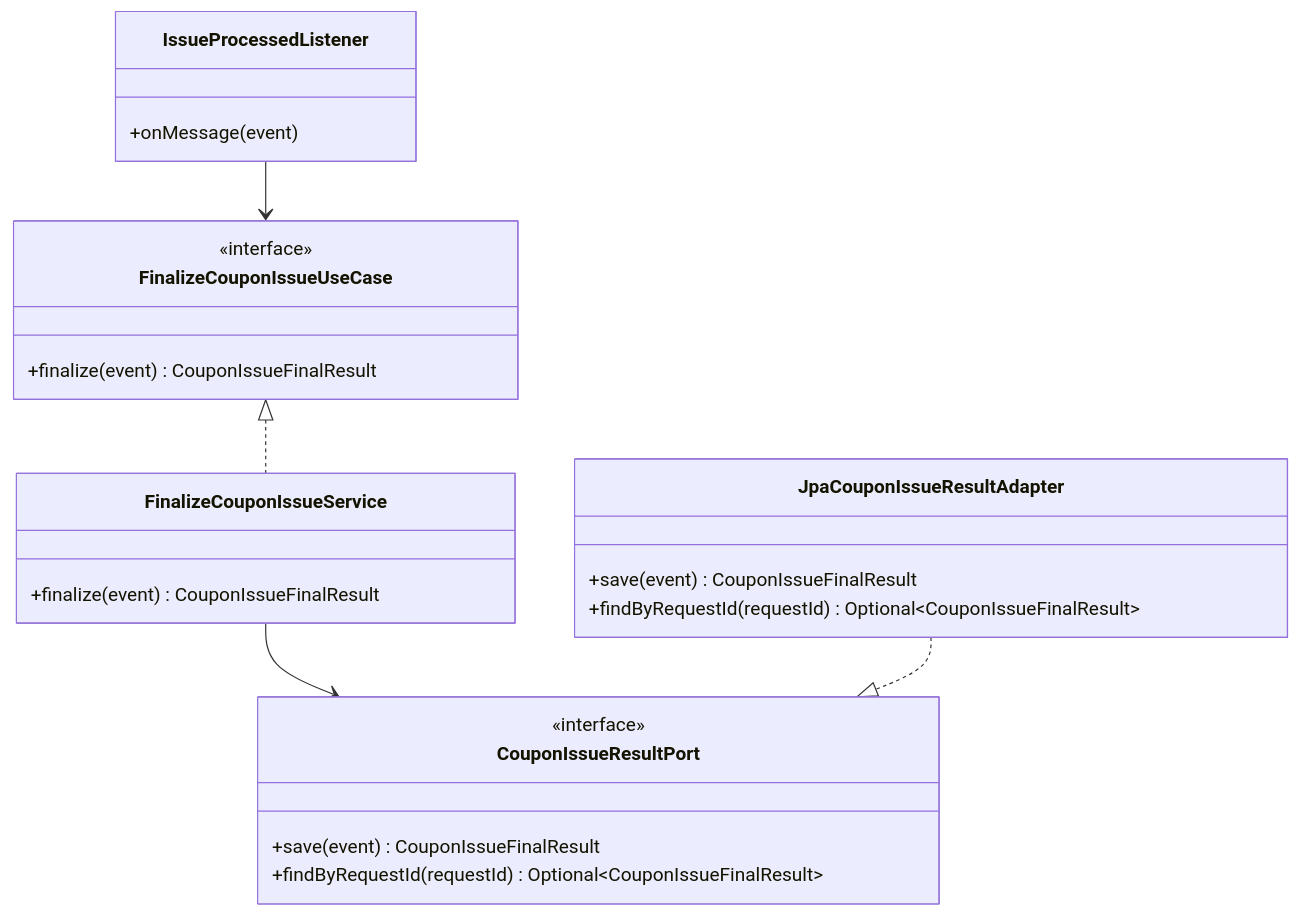
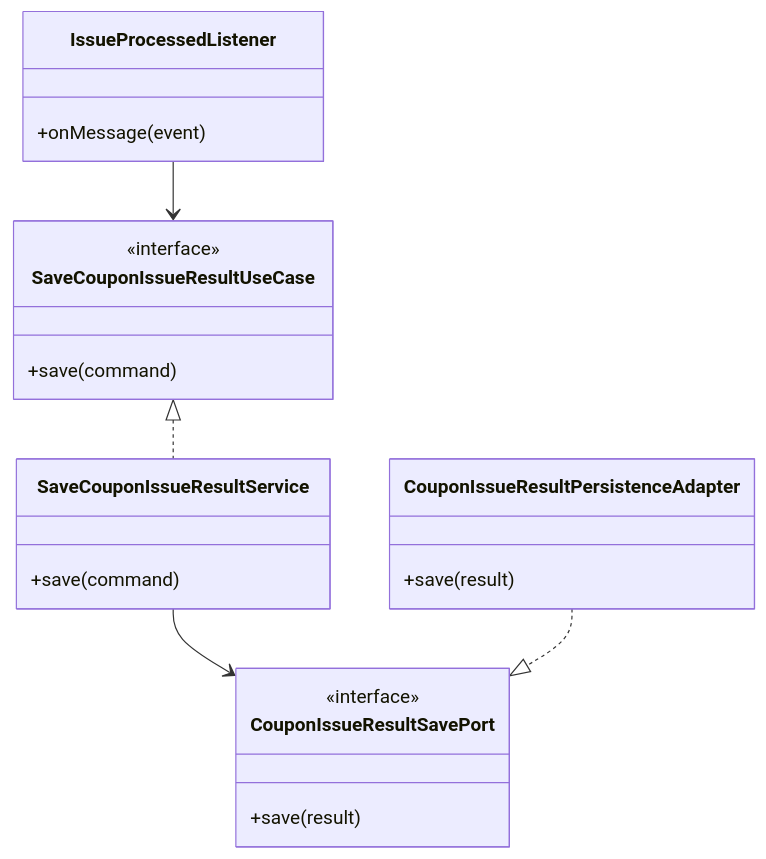
Before and after one commit to yht0827/promotion-dispatcher: the fifth of 5 diagrams in docs/03-class-diagrams.md, drawn with Mermaid. The commit also changed other lines of this file and 3 other files, not shown here.

````diff
--- a/docs/03-class-diagrams.md
+++ b/docs/03-class-diagrams.md
@@ -190,31 +216,29 @@
 ```mermaid
 classDiagram
     class IssueProcessedListener {
       +onMessage(event)
     }
 
-    class FinalizeCouponIssueUseCase {
+    class SaveCouponIssueResultUseCase {
       <<interface>>
-      +finalize(event) CouponIssueFinalResult
+      +save(command)
     }
 
-    class FinalizeCouponIssueService {
-      +finalize(event) CouponIssueFinalResult
+    class SaveCouponIssueResultService {
+      +save(command)
     }
 
-    class CouponIssueResultPort {
+    class CouponIssueResultSavePort {
       <<interface>>
-      +save(event) CouponIssueFinalResult
-      +findByRequestId(requestId) Optional~CouponIssueFinalResult~
+      +save(result)
     }
 
-    class JpaCouponIssueResultAdapter {
-      +save(event) CouponIssueFinalResult
-      +findByRequestId(requestId) Optional~CouponIssueFinalResult~
+    class CouponIssueResultPersistenceAdapter {
+      +save(result)
     }
 
-    IssueProcessedListener --> FinalizeCouponIssueUseCase
-    FinalizeCouponIssueUseCase <|.. FinalizeCouponIssueService
-    FinalizeCouponIssueService --> CouponIssueResultPort
-    JpaCouponIssueResultAdapter ..|> CouponIssueResultPort
+    IssueProcessedListener --> SaveCouponIssueResultUseCase
+    SaveCouponIssueResultUseCase <|.. SaveCouponIssueResultService
+    SaveCouponIssueResultService --> CouponIssueResultSavePort
+    CouponIssueResultPersistenceAdapter ..|> CouponIssueResultSavePort
 ```
````
